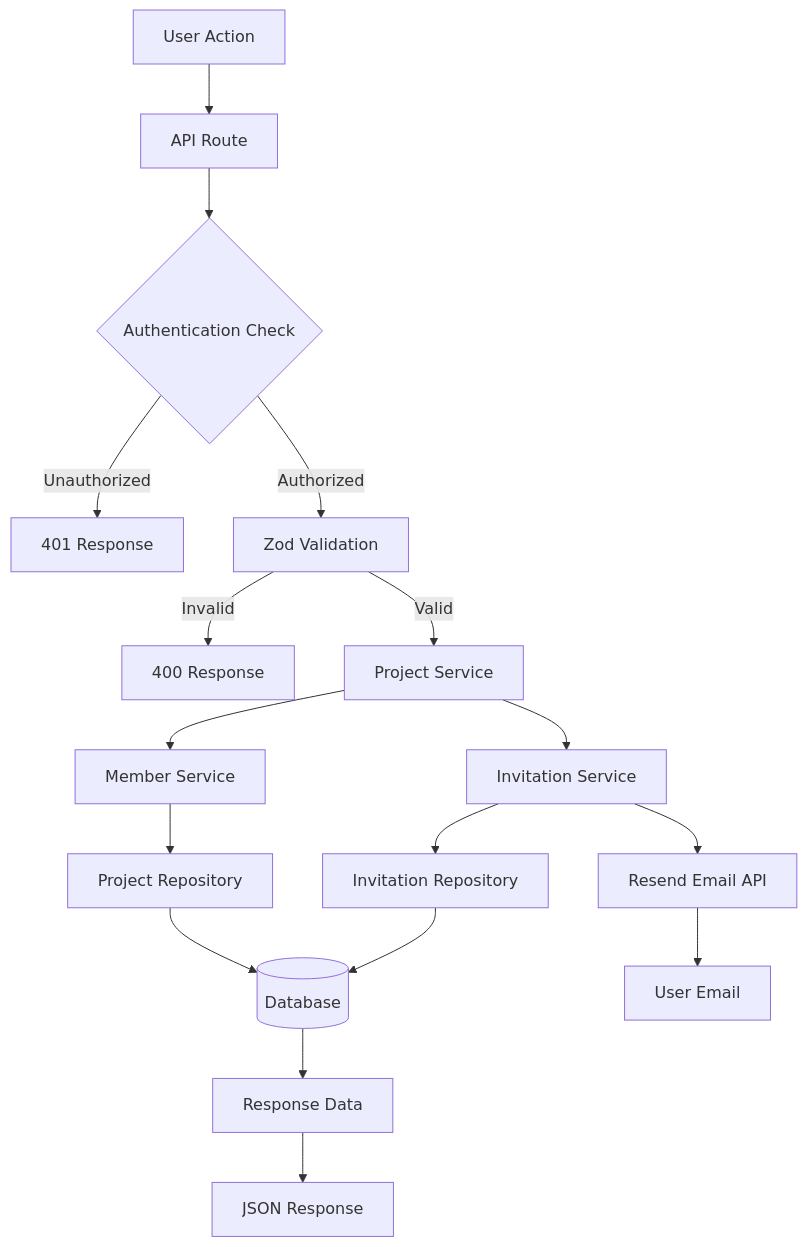
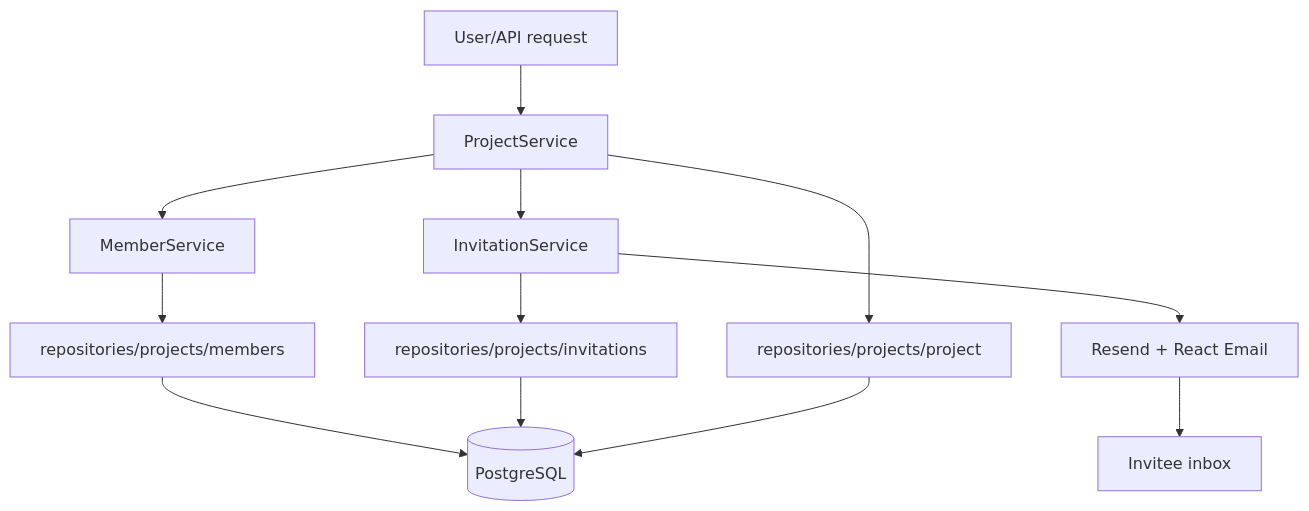
The diagram in content/docs/flows/projects.mdx (veD-tnayrB/saas-starter), drawn with Mermaid before and after one commit. The commit also changed other lines of this file and 8 other files, not shown here.

````diff
--- a/content/docs/flows/projects.mdx
+++ b/content/docs/flows/projects.mdx
@@ -180,19 +74,12 @@
 ```mermaid
 flowchart TD
-    A[User Action] --> B[API Route]
-    B --> C{Authentication Check}
-    C -->|Unauthorized| D[401 Response]
-    C -->|Authorized| E[Zod Validation]
-    E -->|Invalid| F[400 Response]
-    E -->|Valid| G[Project Service]
-    G --> H[Member Service]
-    G --> I[Invitation Service]
-    H --> J[Project Repository]
-    I --> K[Invitation Repository]
-    J --> L[(Database)]
-    K --> L
-    I --> M[Resend Email API]
-    M --> N[User Email]
-    L --> O[Response Data]
-    O --> P[JSON Response]
+  A[User/API request] --> B[ProjectService]
+  B --> C[MemberService]
+  B --> D[InvitationService]
+  C --> E[repositories/projects/members]
+  D --> F[repositories/projects/invitations]
+  B --> G[repositories/projects/project]
+  D --> H[Resend + React Email]
+  E & F & G --> I[(PostgreSQL)]
+  H --> J[Invitee inbox]
 ```
````
